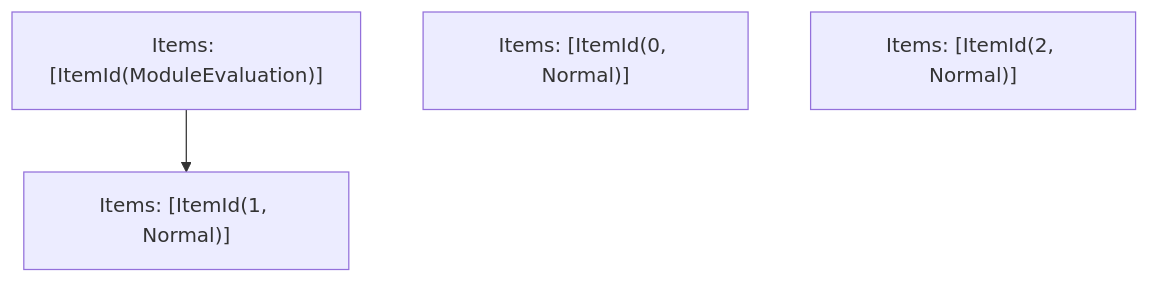
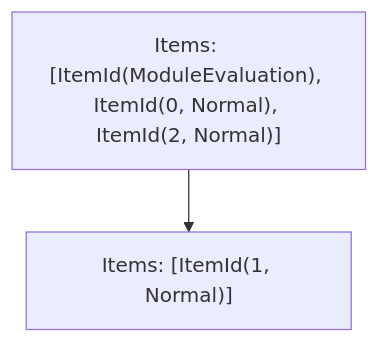
Before and after one commit to Sonar-UX-Testing-FreePlan/next.js: the fifth of 5 diagrams in turbopack/crates/turbopack-ecmascript/tests/tree-shaker/analyzer/assign-before-decl-fn/output.md, drawn with Mermaid. The commit also changed other lines of this file and 38 other files, not shown here.

````diff
--- a/turbopack/crates/turbopack-ecmascript/tests/tree-shaker/analyzer/assign-before-decl-fn/output.md
+++ b/turbopack/crates/turbopack-ecmascript/tests/tree-shaker/analyzer/assign-before-decl-fn/output.md
@@ -82,8 +82,6 @@
 ```mermaid
 graph TD
-    N0["Items: [ItemId(ModuleEvaluation)]"];
+    N0["Items: [ItemId(ModuleEvaluation), ItemId(0, Normal), ItemId(2, Normal)]"];
     N1["Items: [ItemId(1, Normal)]"];
-    N2["Items: [ItemId(0, Normal)]"];
-    N3["Items: [ItemId(2, Normal)]"];
     N0 --> N1;
 ```
````
